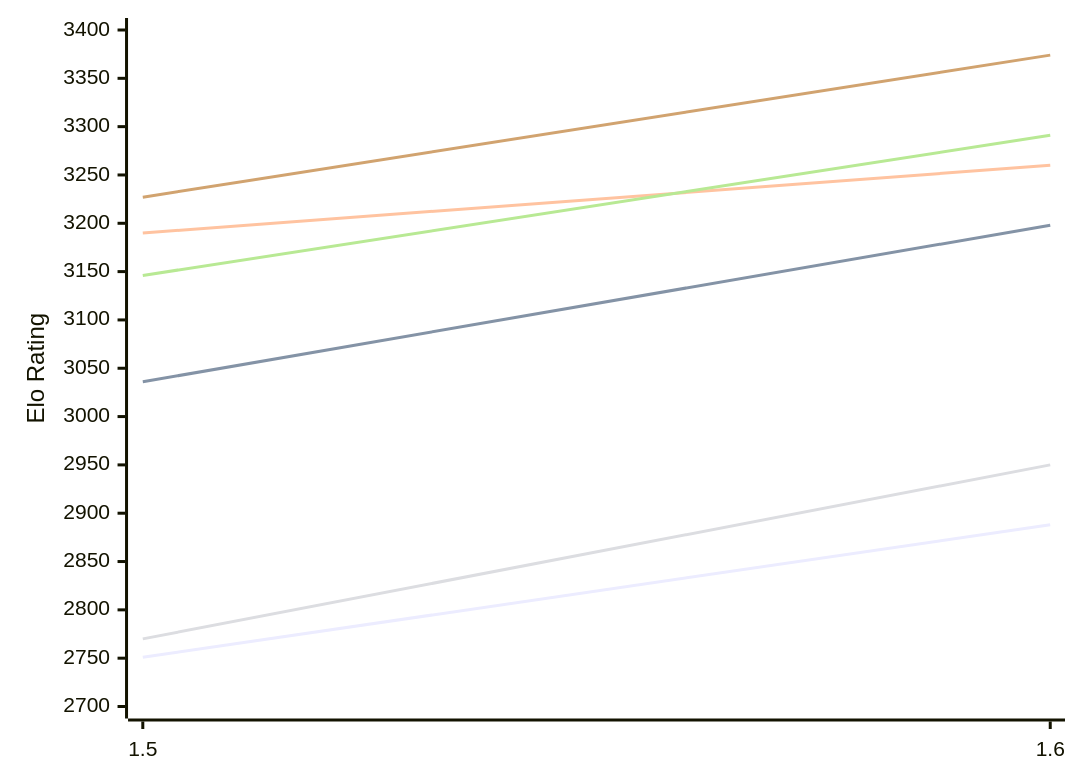
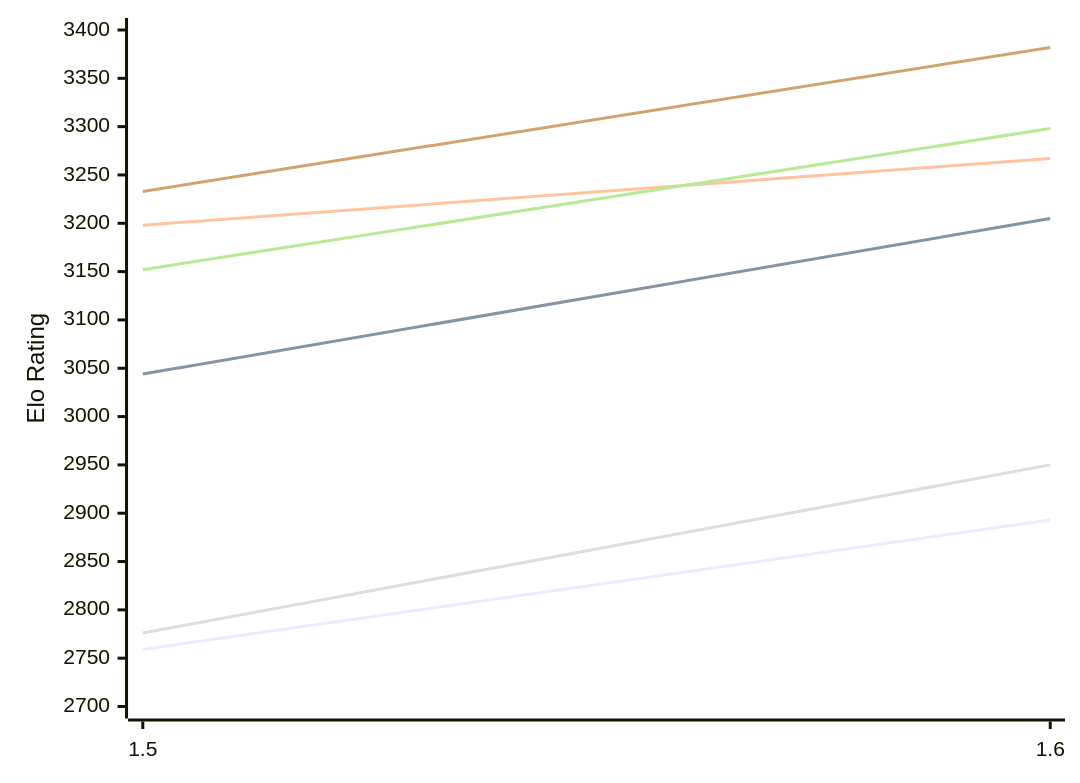
The first of 2 diagrams in engines/Yakka.md (computer-chess-index/cci), drawn with Mermaid before and after one commit. The commit also changed other lines of this file, not shown here.

Commit message:
Update CCI Ratings (ELO VLTC) - 2026-11-03

````diff
--- a/engines/Yakka.md
+++ b/engines/Yakka.md
@@ -51,12 +51,12 @@
 ```mermaid
 %%{init: {"theme":"base","themeVariables":{"seriesColors:['#a3a3a3','#222221','#faa371']}}}%%
 xychart-beta
   x-axis ["1.5", "1.6"]
   y-axis "Elo Rating" 2700 --> 3400
-  line "E1: STC (8.0+0.08s)" [2751, 2888]
-  line "E1: LTC (60.0+0.60s)" [3036, 3198]
-  line "E1: VLTC (2m24s+1.12s)" [3190, 3260]
-  line "P1: STC (8.0+0.08s)" [2770, 2950]
-  line "P1: LTC (60.0+0.60s)" [3146, 3291]
-  line "P1: VLTC (2m24s+1.12s)" [3227, 3374]
+  line "E1: STC (8.0+0.08s)" [2759, 2893]
+  line "E1: LTC (60.0+0.60s)" [3044, 3205]
+  line "E1: VLTC (2m24s+1.12s)" [3198, 3267]
+  line "P1: STC (8.0+0.08s)" [2776, 2950]
+  line "P1: LTC (60.0+0.60s)" [3152, 3298]
+  line "P1: VLTC (2m24s+1.12s)" [3233, 3382]
 ```
````
